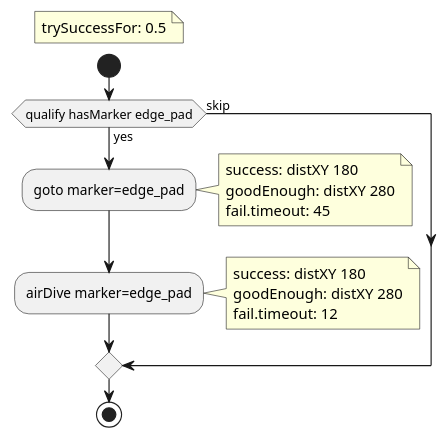
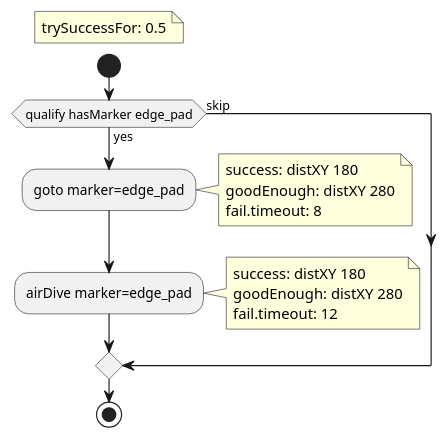
One commit to JacksIndulgentMind/Calling changed the diagram in Config/BotBooks/edge_pad.puml. Above: the diagram before and after it, drawn with PlantUML. The commit also changed 24 other files, not shown here.

```diff
--- a/Config/BotBooks/edge_pad.puml
+++ b/Config/BotBooks/edge_pad.puml
@@ -1,22 +1,22 @@
 @startuml edge_pad
 floating note
 trySuccessFor: 0.5
 end note
 start
 if (qualify hasMarker edge_pad) then (yes)
   :goto marker=edge_pad;
   note right
     success: distXY 180
     goodEnough: distXY 280
-    fail.timeout: 45
+    fail.timeout: 8
   end note
   :airDive marker=edge_pad;
   note right
     success: distXY 180
     goodEnough: distXY 280
     fail.timeout: 12
   end note
 else (skip)
 endif
 stop
 @enduml
```
